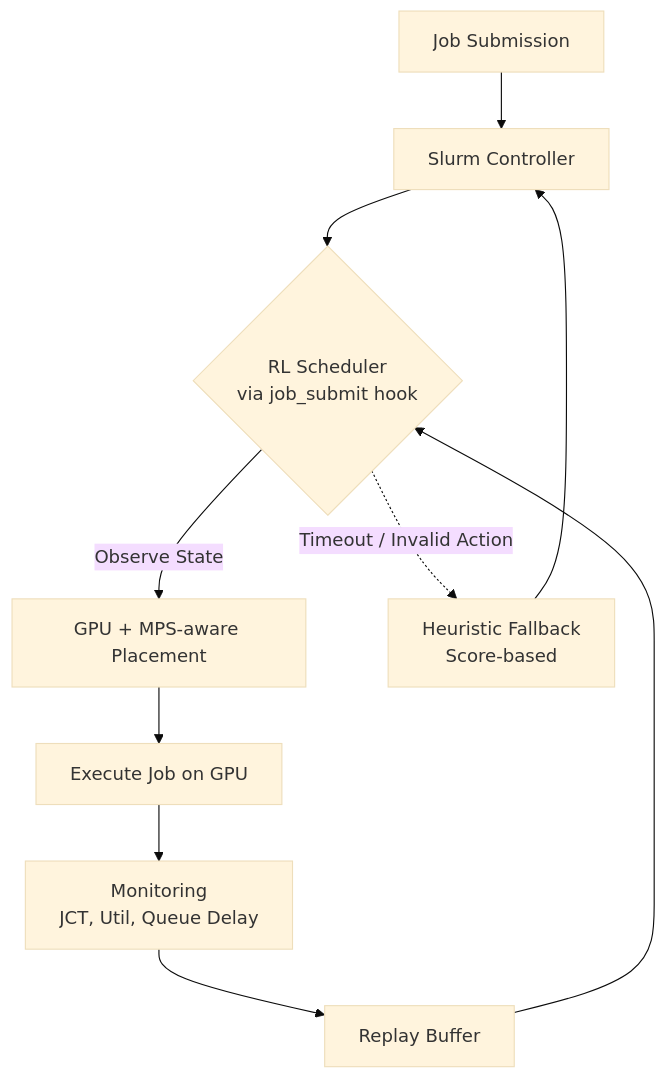
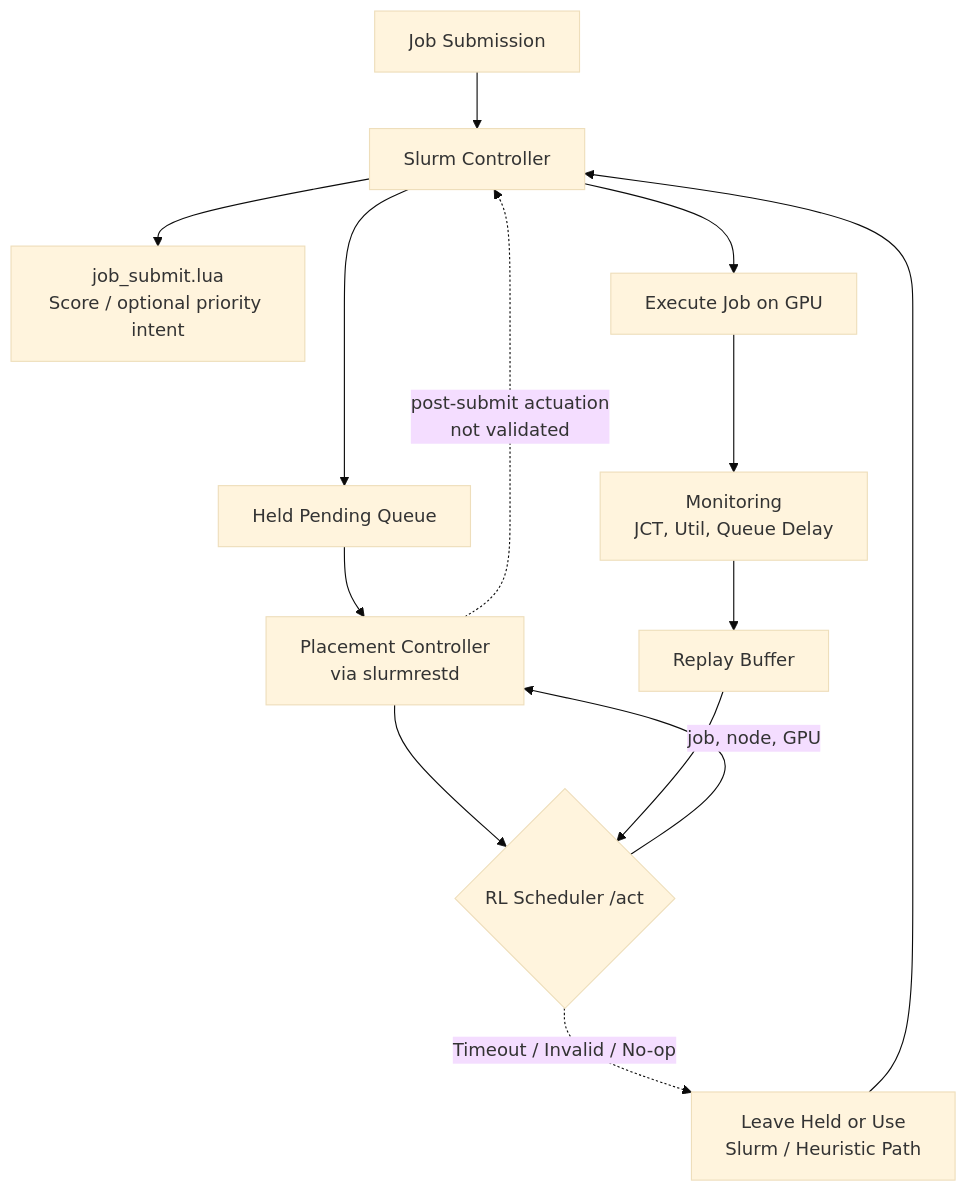
One commit to SoWiEee/Kelpflux changed the diagram in docs/paper.md. Above: the diagram before and after it, drawn with Mermaid (base theme). The commit also changed other lines of this file, not shown here.

````diff
--- a/docs/paper.md
+++ b/docs/paper.md
@@ -138,12 +140,16 @@
 ```mermaid
 flowchart TD
     A[Job Submission] --> B[Slurm Controller]
-    B --> C{RL Scheduler<br/>via job_submit hook}
-    C -->|Observe State| D[GPU + MPS-aware Placement]
-    D --> E[Execute Job on GPU]
-    E --> F[Monitoring<br/>JCT, Util, Queue Delay]
-    F --> G[Replay Buffer]
-    G --> C
-    C -.->|Timeout / Invalid Action| H[Heuristic Fallback<br/>Score-based]
-    H --> B
+    B --> C[job_submit.lua<br/>Score / optional priority intent]
+    B --> D[Held Pending Queue]
+    D --> E[Placement Controller<br/>via slurmrestd]
+    E --> F{RL Scheduler /act}
+    F -->|job, node, GPU| E
+    E -.->|post-submit actuation<br/>not validated| B
+    B --> G[Execute Job on GPU]
+    G --> H[Monitoring<br/>JCT, Util, Queue Delay]
+    H --> I[Replay Buffer]
+    I --> F
+    F -.->|Timeout / Invalid / No-op| J[Leave Held or Use<br/>Slurm / Heuristic Path]
+    J --> B
 ```
````
